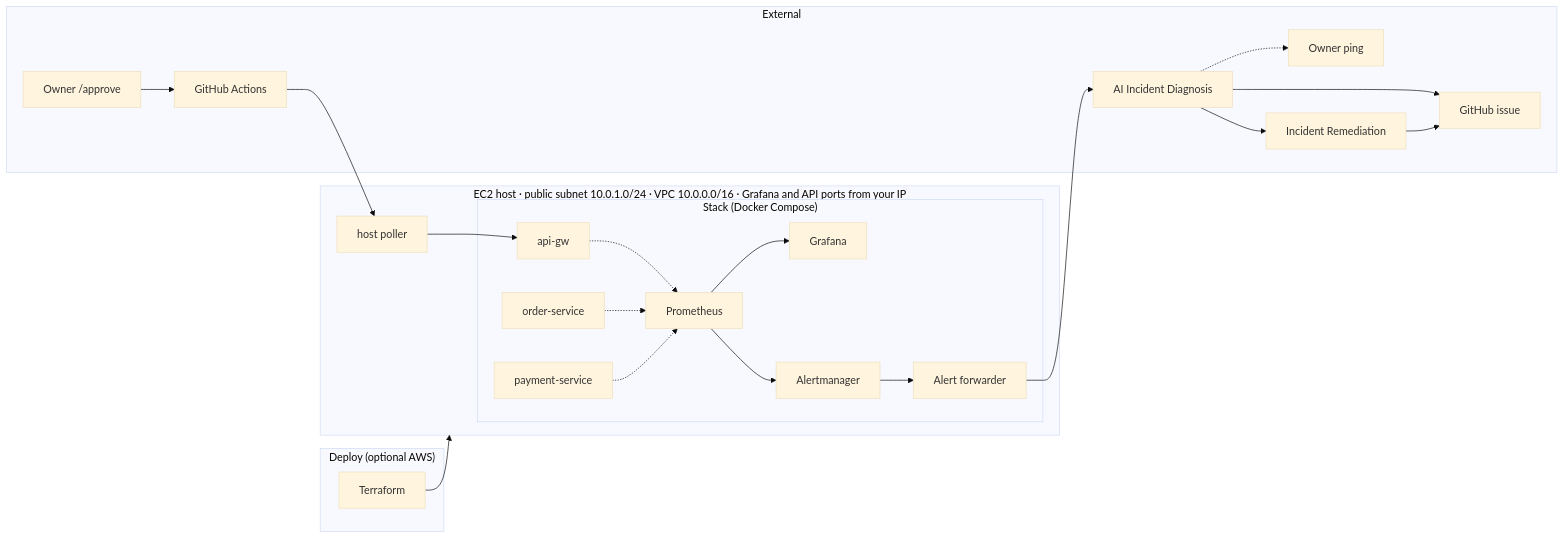
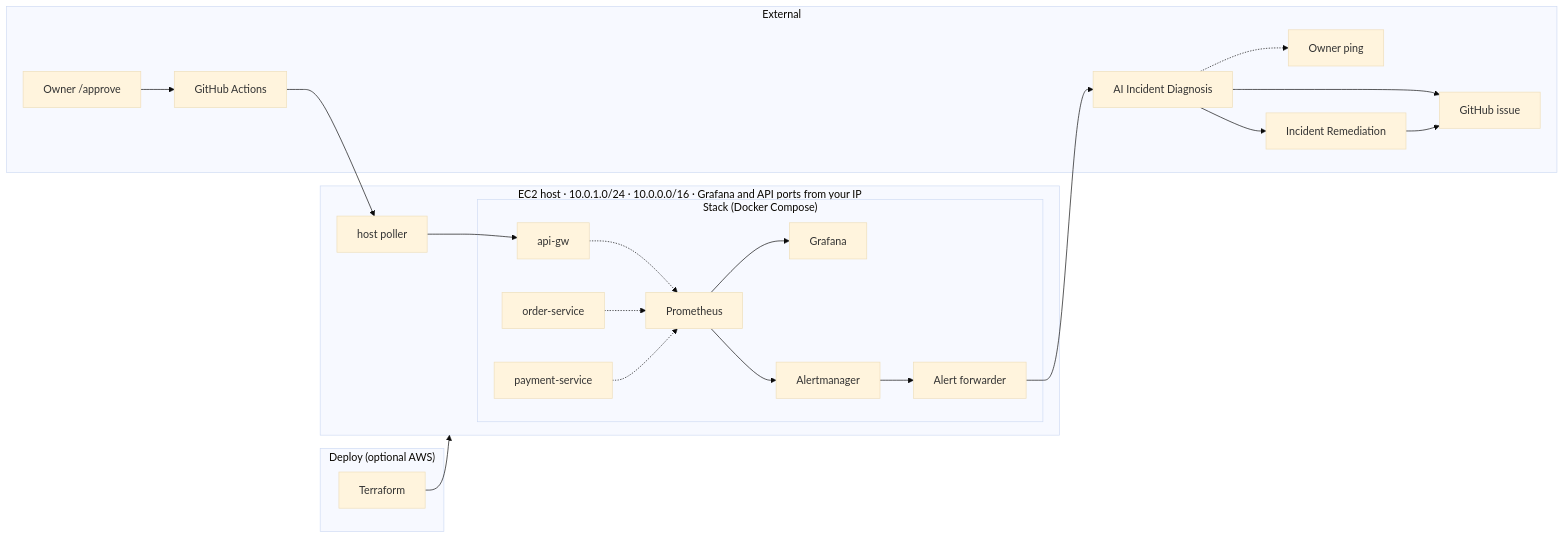
Before and after one commit to ritvikindupuri/ResilienceOps: the diagram in docs/architecture.mmd, drawn with Mermaid. The commit also changed 9 other files, not shown here.

First line of the commit message:
Put How it works first and straighten the figure arrows.

```diff
--- a/docs/architecture.mmd
+++ b/docs/architecture.mmd
@@ -1,41 +1,41 @@
 %%{init: { "theme": "base", "flowchart": { "curve": "basis" } }}%%
 flowchart LR
   TF["Terraform"]
   subgraph aws ["Deploy (optional AWS)"]
     TF
   end
-  subgraph host ["EC2 host · public subnet 10.0.1.0/24 · VPC 10.0.0.0/16 · Grafana and API ports from your IP"]
+  subgraph host ["EC2 host · 10.0.1.0/24 · 10.0.0.0/16 · Grafana and API ports from your IP"]
     subgraph compose ["Stack (Docker Compose)"]
       GW[api-gw]
       OS[order-service]
       PS[payment-service]
       PROM[Prometheus]
       GRAF[Grafana]
       AM[Alertmanager]
       BR["Alert forwarder"]
       GW -.-> PROM
       OS -.-> PROM
       PS -.-> PROM
       PROM --> GRAF
       PROM --> AM
       AM --> BR
     end
     POLL["host poller"]
   end
   subgraph ext ["External"]
     BOT["AI Incident Diagnosis"]
     GH["GitHub issue"]
     PING["Owner ping"]
     REM["Incident Remediation"]
     OWN["Owner /approve"]
     ACT["GitHub Actions"]
     BOT --> GH
     BOT -.-> PING
     BOT --> REM
     REM --> GH
     OWN --> ACT
   end
   TF --> host
   BR --> BOT
   ACT --> POLL
   POLL --> GW
```
